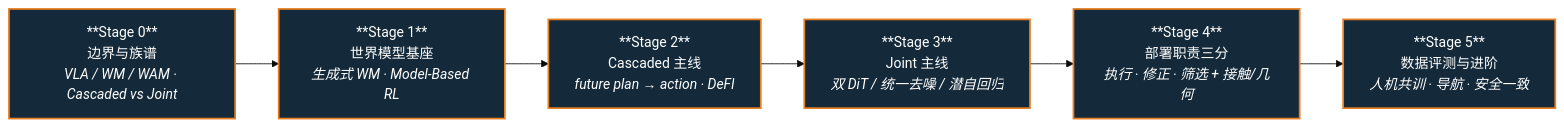
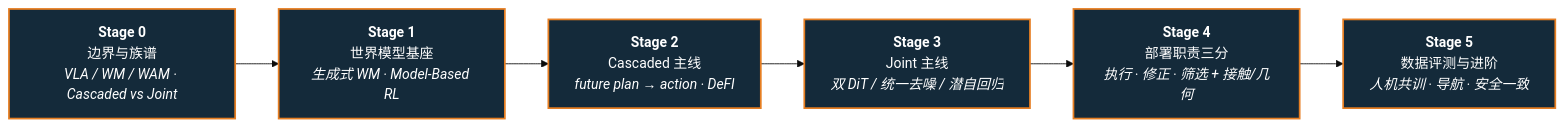
The diagram in roadmap/depth-wam.md (ImChong/Robotics_Notebooks), drawn with Mermaid (base theme) before and after one commit. The commit also changed 27 other files, not shown here.

First line of the commit message:
fix(ux): 修复纵深路线一览 Mermaid 节点 ** 原样显示

````diff
--- a/roadmap/depth-wam.md
+++ b/roadmap/depth-wam.md
@@ -7,14 +7,14 @@
 ```mermaid
 flowchart LR
-  S0["**Stage 0**<br/>边界与族谱<br/><em>VLA / WM / WAM · Cascaded vs Joint</em>"]
-  S1["**Stage 1**<br/>世界模型基座<br/><em>生成式 WM · Model-Based RL</em>"]
-  S2["**Stage 2**<br/>Cascaded 主线<br/><em>future plan → action · DeFI</em>"]
-  S3["**Stage 3**<br/>Joint 主线<br/><em>双 DiT / 统一去噪 / 潜自回归</em>"]
-  S4["**Stage 4**<br/>部署职责三分<br/><em>执行 · 修正 · 筛选 + 接触/几何</em>"]
-  S5["**Stage 5**<br/>数据评测与进阶<br/><em>人机共训 · 导航 · 安全一致</em>"]
+  S0["<b>Stage 0</b><br/>边界与族谱<br/><em>VLA / WM / WAM · Cascaded vs Joint</em>"]
+  S1["<b>Stage 1</b><br/>世界模型基座<br/><em>生成式 WM · Model-Based RL</em>"]
+  S2["<b>Stage 2</b><br/>Cascaded 主线<br/><em>future plan → action · DeFI</em>"]
+  S3["<b>Stage 3</b><br/>Joint 主线<br/><em>双 DiT / 统一去噪 / 潜自回归</em>"]
+  S4["<b>Stage 4</b><br/>部署职责三分<br/><em>执行 · 修正 · 筛选 + 接触/几何</em>"]
+  S5["<b>Stage 5</b><br/>数据评测与进阶<br/><em>人机共训 · 导航 · 安全一致</em>"]
 
   S0 --> S1 --> S2 --> S3 --> S4 --> S5
 
   classDef stage fill:#142a3a,stroke:#e67e22,stroke-width:2px,color:#fff
   class S0,S1,S2,S3,S4,S5 stage
 ```
````
